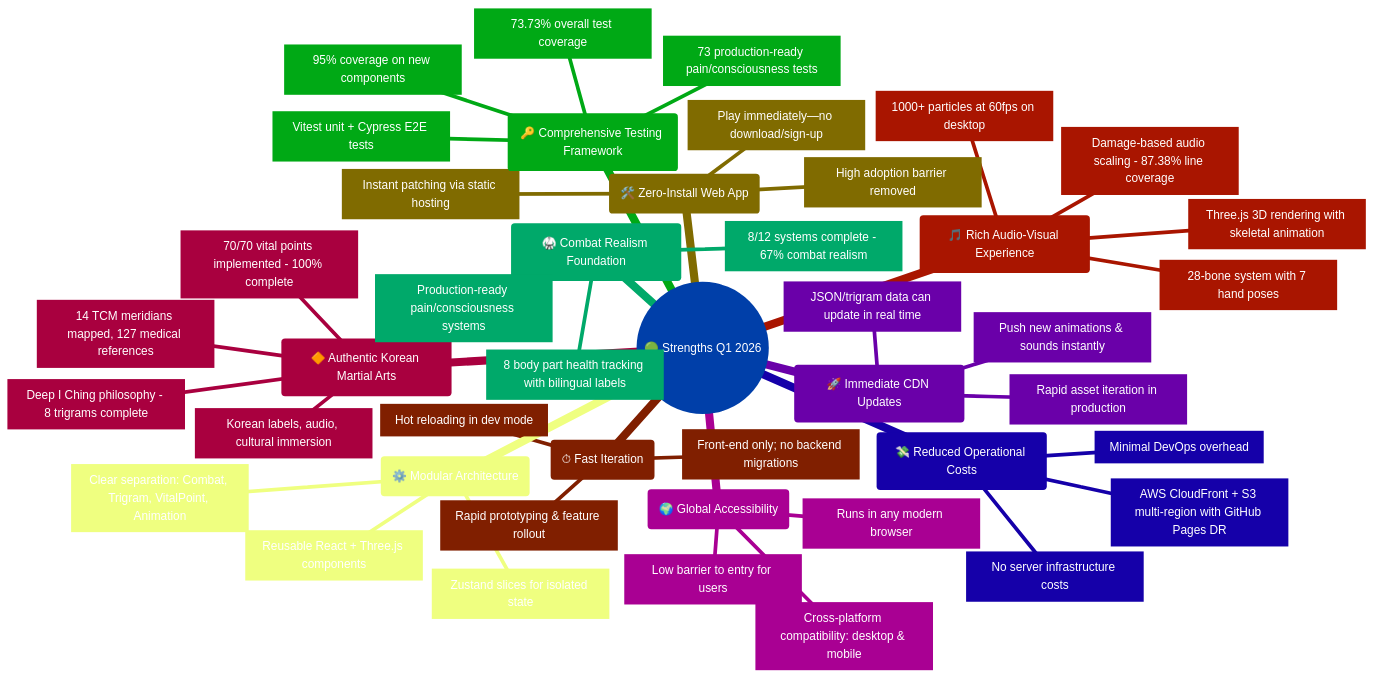
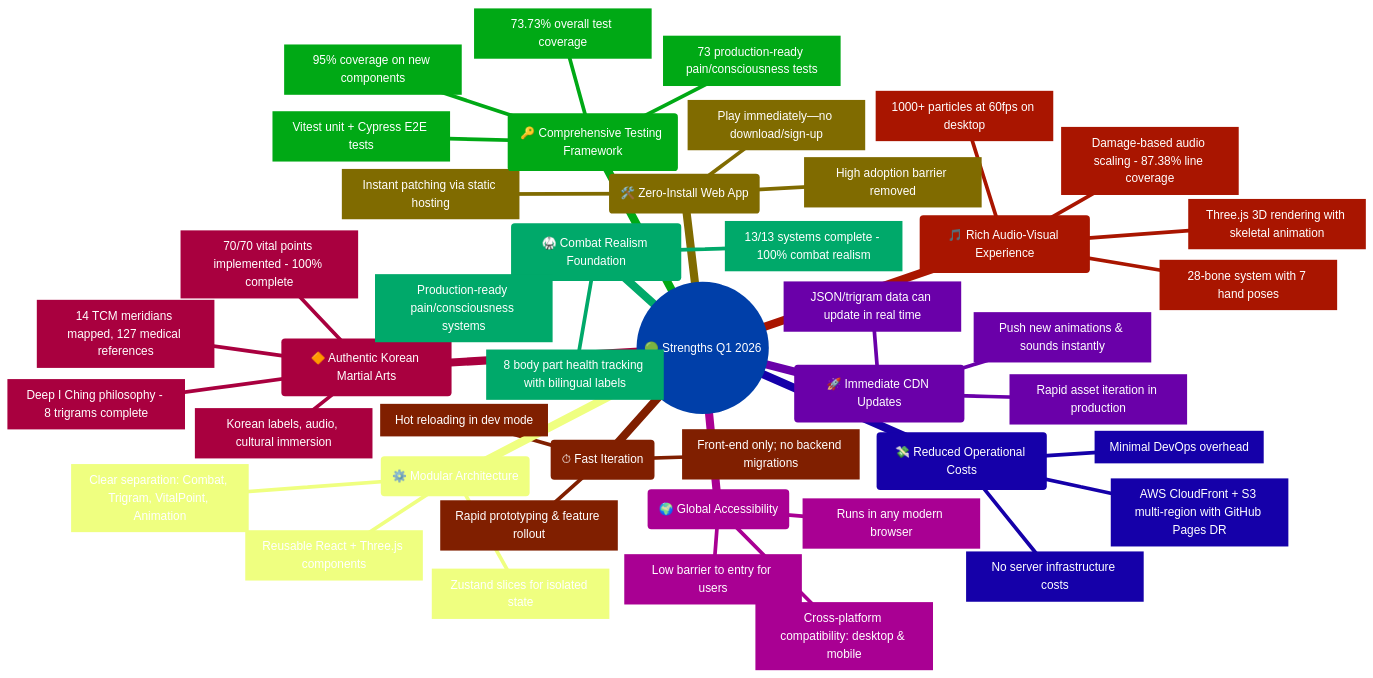
The ninth of 22 diagrams in docs/api/media/ARCHITECTURE.md (Hack23/blacktrigram), drawn with Mermaid before and after one commit. The commit also changed other lines of this file and 4459 other files, not shown here.

````diff
--- a/docs/api/media/ARCHITECTURE.md
+++ b/docs/api/media/ARCHITECTURE.md
@@ -1543,48 +1543,48 @@
 ```mermaid
 %%{init: {'theme':'base', 'themeVariables': {'primaryColor':'#2979FF','primaryTextColor':'#fff','primaryBorderColor':'#0D47A1','lineColor':'#00C853','secondaryColor':'#FFD600','tertiaryColor':'#FF3D00'}}}%%
 mindmap
   root((🟢 Strengths Q1 2026))
     id1(🛠️ Zero-Install Web App)
       id1.1[Play immediately—no download/sign-up]
       id1.2[Instant patching via static hosting]
       id1.3[High adoption barrier removed]
     id2(⏱ Fast Iteration)
       id2.1[Front-end only; no backend migrations]
       id2.2[Rapid prototyping & feature rollout]
       id2.3[Hot reloading in dev mode]
     id3(💸 Reduced Operational Costs)
       id3.1[No server infrastructure costs]
       id3.2[AWS CloudFront + S3 multi-region with GitHub Pages DR]
       id3.3[Minimal DevOps overhead]
     id4(🚀 Immediate CDN Updates)
       id4.1[Push new animations & sounds instantly]
       id4.2[JSON/trigram data can update in real time]
       id4.3[Rapid asset iteration in production]
     id5(🌍 Global Accessibility)
       id5.1[Runs in any modern browser]
       id5.2[Cross-platform compatibility: desktop & mobile]
       id5.3[Low barrier to entry for users]
     id6(🔶 Authentic Korean Martial Arts)
       id6.1[Deep I Ching philosophy - 8 trigrams complete]
       id6.2[70/70 vital points implemented - 100% complete]
       id6.3[Korean labels, audio, cultural immersion]
       id6.4[14 TCM meridians mapped, 127 medical references]
     id7(🎵 Rich Audio-Visual Experience)
       id7.1[Three.js 3D rendering with skeletal animation]
       id7.2[28-bone system with 7 hand poses]
       id7.3[Damage-based audio scaling - 87.38% line coverage]
       id7.4[1000+ particles at 60fps on desktop]
     id8(⚙️ Modular Architecture)
       id8.1[Clear separation: Combat, Trigram, VitalPoint, Animation]
       id8.2[Reusable React + Three.js components]
       id8.3[Zustand slices for isolated state]
     id9(🔑 Comprehensive Testing Framework)
       id9.1[73.73% overall test coverage]
       id9.2[95% coverage on new components]
       id9.3[Vitest unit + Cypress E2E tests]
       id9.4[73 production-ready pain/consciousness tests]
     id10(🥋 Combat Realism Foundation)
-      id10.1[8/12 systems complete - 67% combat realism]
+      id10.1[13/13 systems complete - 100% combat realism]
       id10.2[Production-ready pain/consciousness systems]
       id10.3[8 body part health tracking with bilingual labels]
 ```
````
